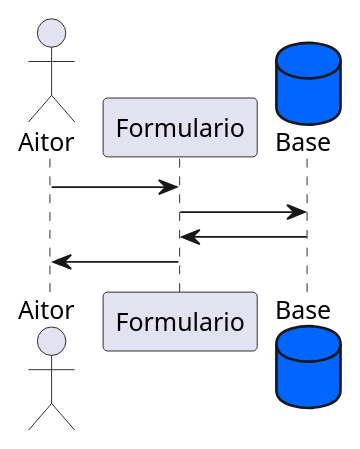
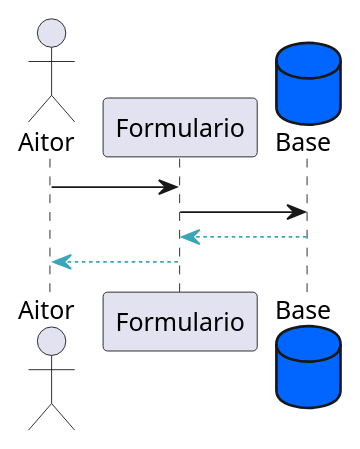
One commit to Espadv69/uml-begginer changed the diagram in uml/diagrama9.puml. Above: the diagram before and after it, drawn with PlantUML.

Commit message:
Update: spaces were fixed.

```diff
--- a/uml/diagrama9.puml
+++ b/uml/diagrama9.puml
@@ -1,15 +1,12 @@
 @startuml diagrama9
 
     actor Aitor
-
     Aitor -> Formulario
 
     database Base #0066ff
-
     Formulario -> Base
 
-    Base -> Formulario 
-
-    Formulario -> Aitor 
+    Base -[#3AA6B9]-> Formulario 
+    Formulario -[#3AA6B9]-> Aitor 
     
 @enduml
```
